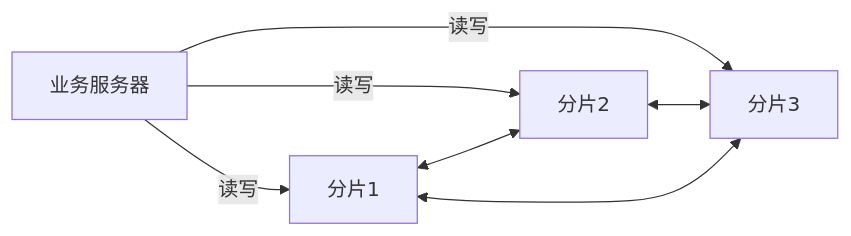
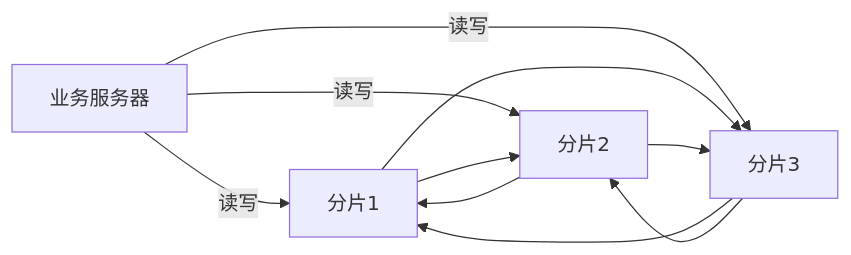
Before and after one commit to 1005281342/gosteady: the third of 7 diagrams in 架构实战营/21_存储架构模式之分片架构和分区架构.md, drawn with Mermaid. The commit also changed other lines of this file, not shown here.

````diff
--- a/架构实战营/21_存储架构模式之分片架构和分区架构.md
+++ b/架构实战营/21_存储架构模式之分片架构和分区架构.md
@@ -153,9 +153,12 @@
 ```mermaid
 graph LR
 业务服务器 -- 读写 --> 分片1 
 业务服务器 -- 读写 --> 分片2
 业务服务器 -- 读写 --> 分片3 
-分片1 <--> 分片2 
-分片2 <--> 分片3
-分片3 <--> 分片1
+分片1 --> 分片2 
+分片1 --> 分片3
+分片2 --> 分片3
+分片2 --> 分片1
+分片3 --> 分片1
+分片3 --> 分片2
 ```
````
